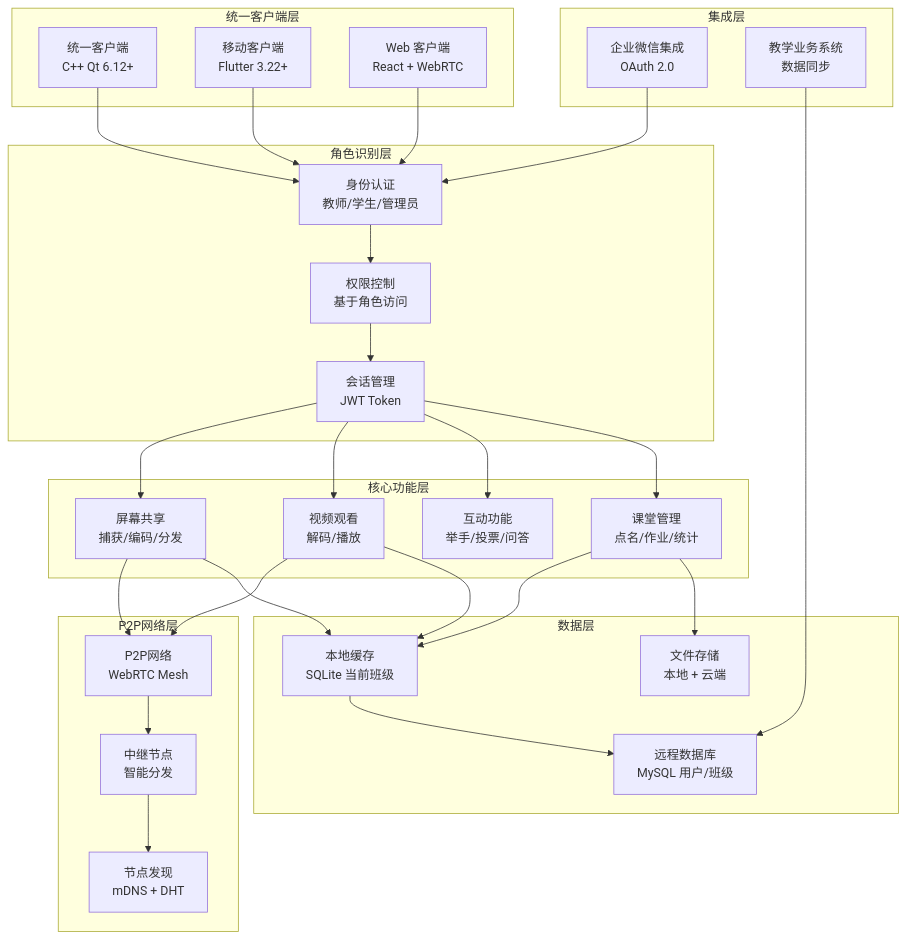
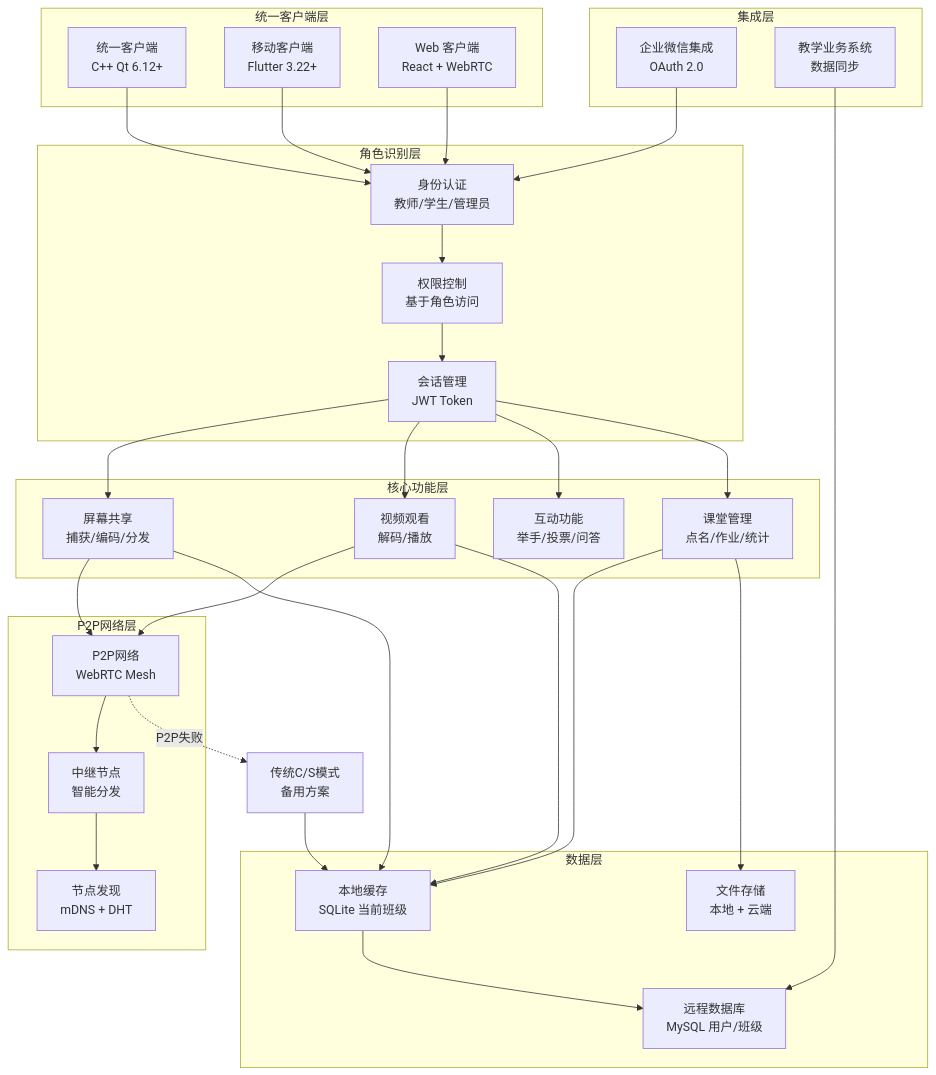
Before and after one commit to IdEvEbI/sky-edu-docs: the first of 15 diagrams in docs/projects/sky-edu-classroom-screen-sharing/003_system-architecture_系统架构设计文档.md, drawn with Mermaid. The commit also changed other lines of this file, not shown here.

````diff
--- a/docs/projects/sky-edu-classroom-screen-sharing/003_system-architecture_系统架构设计文档.md
+++ b/docs/projects/sky-edu-classroom-screen-sharing/003_system-architecture_系统架构设计文档.md
@@ -147,59 +179,63 @@
 ```mermaid
 graph TB
     subgraph "统一客户端层"
         Unified[统一客户端<br/>C++ Qt 6.12+]
         Mobile[移动客户端<br/>Flutter 3.22+]
         Web[Web 客户端<br/>React + WebRTC]
     end
 
     subgraph "角色识别层"
         Auth[身份认证<br/>教师/学生/管理员]
         RBAC[权限控制<br/>基于角色访问]
         Session[会话管理<br/>JWT Token]
     end
 
     subgraph "P2P网络层"
         P2P[P2P网络<br/>WebRTC Mesh]
         Relay[中继节点<br/>智能分发]
         Discovery[节点发现<br/>mDNS + DHT]
     end
 
     subgraph "核心功能层"
         Screen[屏幕共享<br/>捕获/编码/分发]
         View[视频观看<br/>解码/播放]
         Interact[互动功能<br/>举手/投票/问答]
         Manage[课堂管理<br/>点名/作业/统计]
     end
 
     subgraph "数据层"
         LocalCache[本地缓存<br/>SQLite 当前班级]
         RemoteDB[远程数据库<br/>MySQL 用户/班级]
         Files[文件存储<br/>本地 + 云端]
     end
 
     subgraph "集成层"
         WX[企业微信集成<br/>OAuth 2.0]
         MIS[教学业务系统<br/>数据同步]
     end
 
     Unified --> Auth
     Mobile --> Auth
     Web --> Auth
     Auth --> RBAC
     RBAC --> Session
     Session --> Screen
     Session --> View
     Session --> Interact
     Session --> Manage
     Screen --> P2P
     View --> P2P
     P2P --> Relay
     Relay --> Discovery
     Screen --> LocalCache
     View --> LocalCache
     Manage --> LocalCache
     LocalCache --> RemoteDB
     Manage --> Files
     WX --> Auth
     MIS --> RemoteDB
+
+    %% 备用路径
+    P2P -.->|"P2P失败"| Fallback[传统C/S模式<br/>备用方案]
+    Fallback --> LocalCache
 ```
````
